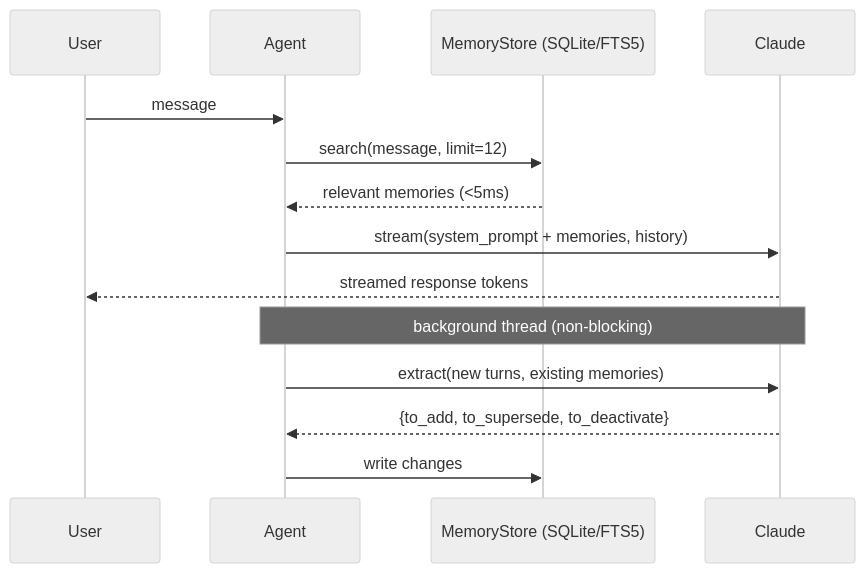
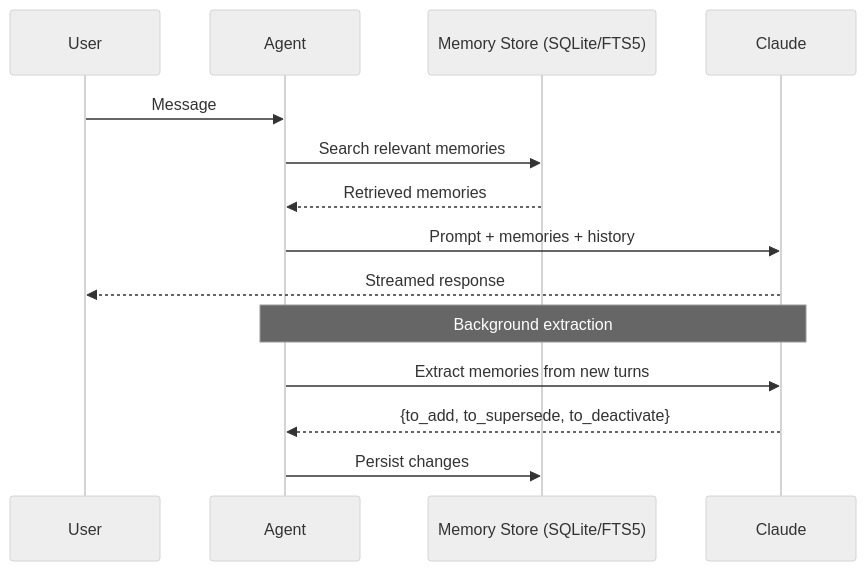
Before and after one commit to t-maniteja/Memory-Persistent-Conversational-Agent: the first of 4 diagrams in README.md, drawn with Mermaid (neutral theme). The commit also changed other lines of this file and 1 other file, not shown here.

Commit message:
Memory-persistent conversational agent

````diff
--- a/README.md
+++ b/README.md
@@ -35,17 +120,21 @@
 ```mermaid
 sequenceDiagram
     participant U as User
     participant A as Agent
-    participant S as MemoryStore (SQLite/FTS5)
+    participant S as Memory Store (SQLite/FTS5)
     participant L as Claude
 
-    U->>A: message
-    A->>S: search(message, limit=12)
-    S-->>A: relevant memories (<5ms)
-    A->>L: stream(system_prompt + memories, history)
-    L-->>U: streamed response tokens
-    Note over A,L: background thread (non-blocking)
-    A->>L: extract(new turns, existing memories)
+    U->>A: Message
+
+    A->>S: Search relevant memories
+    S-->>A: Retrieved memories
+
+    A->>L: Prompt + memories + history
+    L-->>U: Streamed response
+
+    Note over A,L: Background extraction
+
+    A->>L: Extract memories from new turns
     L-->>A: {to_add, to_supersede, to_deactivate}
-    A->>S: write changes
+    A->>S: Persist changes
 ```
````
